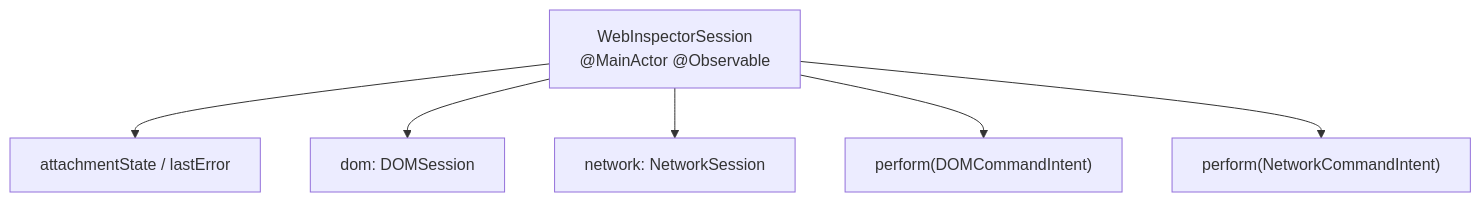
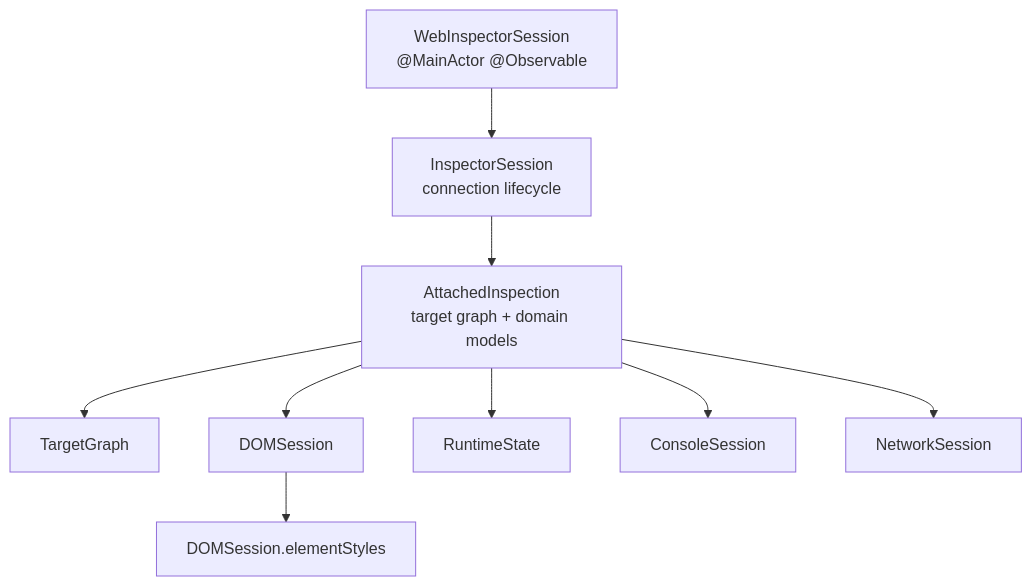
The third of 3 diagrams in Docs/ArchitectureOverview.md (lynnswap/WebInspectorKit), drawn with Mermaid before and after one commit. The commit also changed other lines of this file and 81 other files, not shown here.

Commit message:
refactor(core): reorganize inspector protocol dispatching

````diff
--- a/Docs/ArchitectureOverview.md
+++ b/Docs/ArchitectureOverview.md
@@ -101,15 +97,21 @@
 ```mermaid
 flowchart TD
     Session["WebInspectorSession<br/>@MainActor @Observable"]
-    Attachment["attachmentState / lastError"]
-    DOM["dom: DOMSession"]
-    Network["network: NetworkSession"]
-    PerformDOM["perform(DOMCommandIntent)"]
-    PerformNetwork["perform(NetworkCommandIntent)"]
+    CoreSession["InspectorSession<br/>connection lifecycle"]
+    Attachment["AttachedInspection<br/>target graph + domain models"]
+    Target["TargetGraph"]
+    DOM["DOMSession"]
+    Styles["DOMSession.elementStyles"]
+    Runtime["RuntimeState"]
+    Console["ConsoleSession"]
+    Network["NetworkSession"]
 
-    Session --> Attachment
-    Session --> DOM
-    Session --> Network
-    Session --> PerformDOM
-    Session --> PerformNetwork
+    Session --> CoreSession
+    CoreSession --> Attachment
+    Attachment --> Target
+    Attachment --> DOM
+    DOM --> Styles
+    Attachment --> Runtime
+    Attachment --> Console
+    Attachment --> Network
 ```
````
